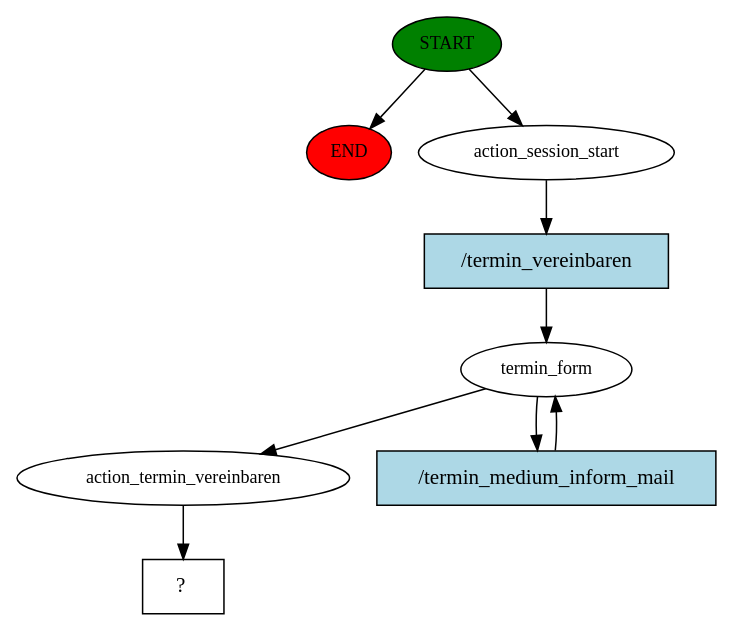
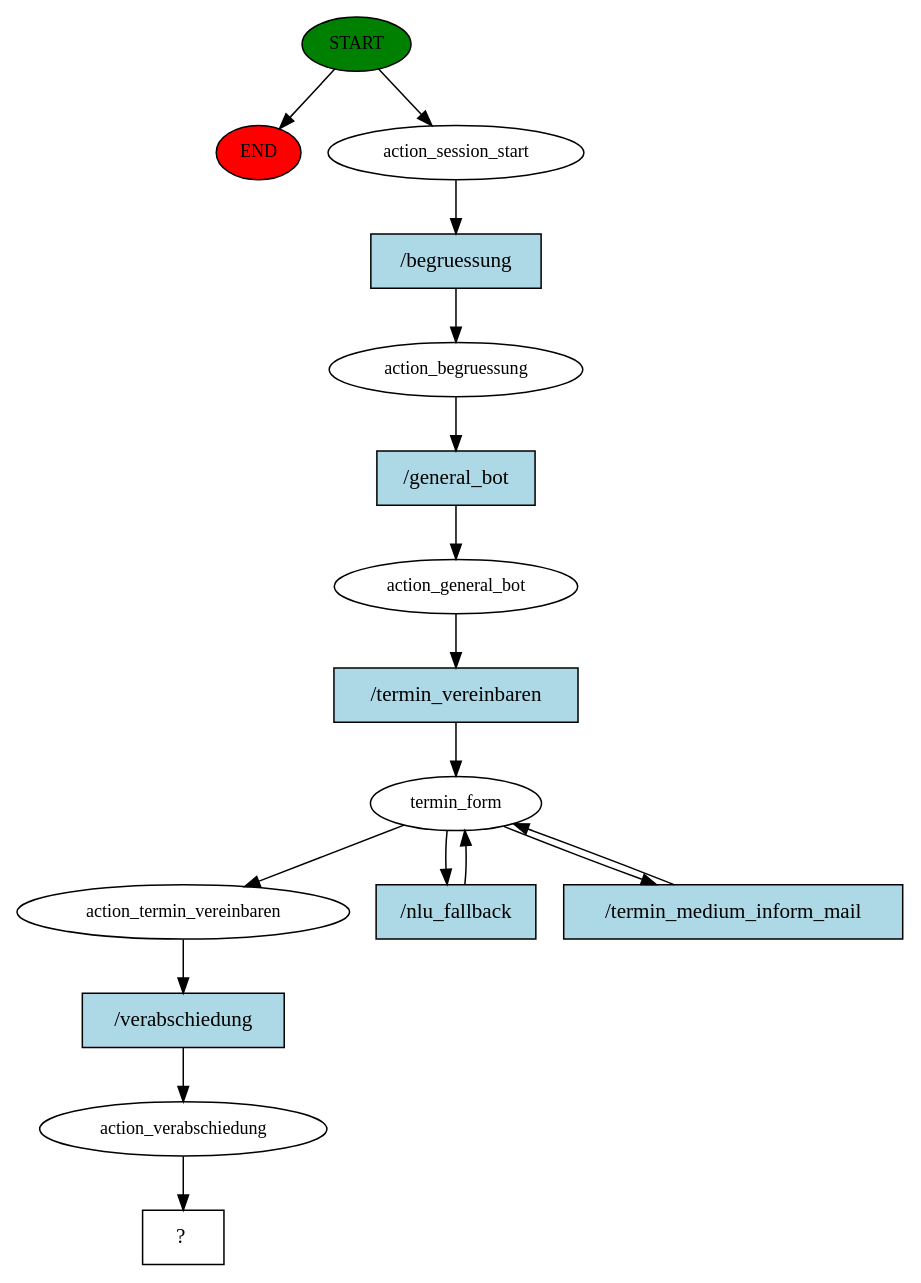
One commit to normanboettcher/BotPilot changed the diagram in bot-pilot-chat/backend/rasa-actions/story_graph.dot. Above: the diagram before and after it, drawn with Graphviz. The commit also changed 16 other files, not shown here.

Commit message:
Added - ask for continue action and affirm deny intent

```diff
--- a/bot-pilot-chat/backend/rasa-actions/story_graph.dot
+++ b/bot-pilot-chat/backend/rasa-actions/story_graph.dot
@@ -1,18 +1,33 @@
 digraph  {
 0 [class="start active", fillcolor=green, fontsize=12, label=START, style=filled];
 "-1" [class=end, fillcolor=red, fontsize=12, label=END, style=filled];
 1 [class=active, fontsize=12, label=action_session_start];
-2 [class=active, fontsize=12, label=termin_form];
-4 [class=active, fontsize=12, label=action_termin_vereinbaren];
-5 [class="intent dashed active", label="  ?  ", shape=rect];
-6 [class="intent active", fillcolor=lightblue, label="/termin_vereinbaren", shape=rect, style=filled];
-7 [class="intent active", fillcolor=lightblue, label="/termin_medium_inform_mail", shape=rect, style=filled];
+2 [class=active, fontsize=12, label=action_begruessung];
+3 [class=active, fontsize=12, label=action_general_bot];
+4 [class=active, fontsize=12, label=termin_form];
+7 [class=active, fontsize=12, label=action_termin_vereinbaren];
+8 [class=active, fontsize=12, label=action_verabschiedung];
+9 [class="intent dashed active", label="  ?  ", shape=rect];
+10 [class="intent active", fillcolor=lightblue, label="/begruessung", shape=rect, style=filled];
+11 [class="intent active", fillcolor=lightblue, label="/general_bot", shape=rect, style=filled];
+12 [class="intent active", fillcolor=lightblue, label="/termin_vereinbaren", shape=rect, style=filled];
+13 [class="intent active", fillcolor=lightblue, label="/nlu_fallback", shape=rect, style=filled];
+14 [class="intent active", fillcolor=lightblue, label="/termin_medium_inform_mail", shape=rect, style=filled];
+15 [class="intent active", fillcolor=lightblue, label="/verabschiedung", shape=rect, style=filled];
 0 -> "-1"  [class="", key=NONE, label=""];
 0 -> 1  [class=active, key=NONE, label=""];
-1 -> 6  [class=active, key=0];
-2 -> 4  [class=active, key=NONE, label=""];
-2 -> 7  [class=active, key=0];
-4 -> 5  [class=active, key=NONE, label=""];
-6 -> 2  [class=active, key=0];
-7 -> 2  [class=active, key=0];
+1 -> 10  [class=active, key=0];
+2 -> 11  [class=active, key=0];
+3 -> 12  [class=active, key=0];
+4 -> 7  [class=active, key=NONE, label=""];
+4 -> 13  [class=active, key=0];
+4 -> 14  [class=active, key=0];
+7 -> 15  [class=active, key=0];
+8 -> 9  [class=active, key=NONE, label=""];
+10 -> 2  [class=active, key=0];
+11 -> 3  [class=active, key=0];
+12 -> 4  [class=active, key=0];
+13 -> 4  [class=active, key=0];
+14 -> 4  [class=active, key=0];
+15 -> 8  [class=active, key=0];
 }
```
